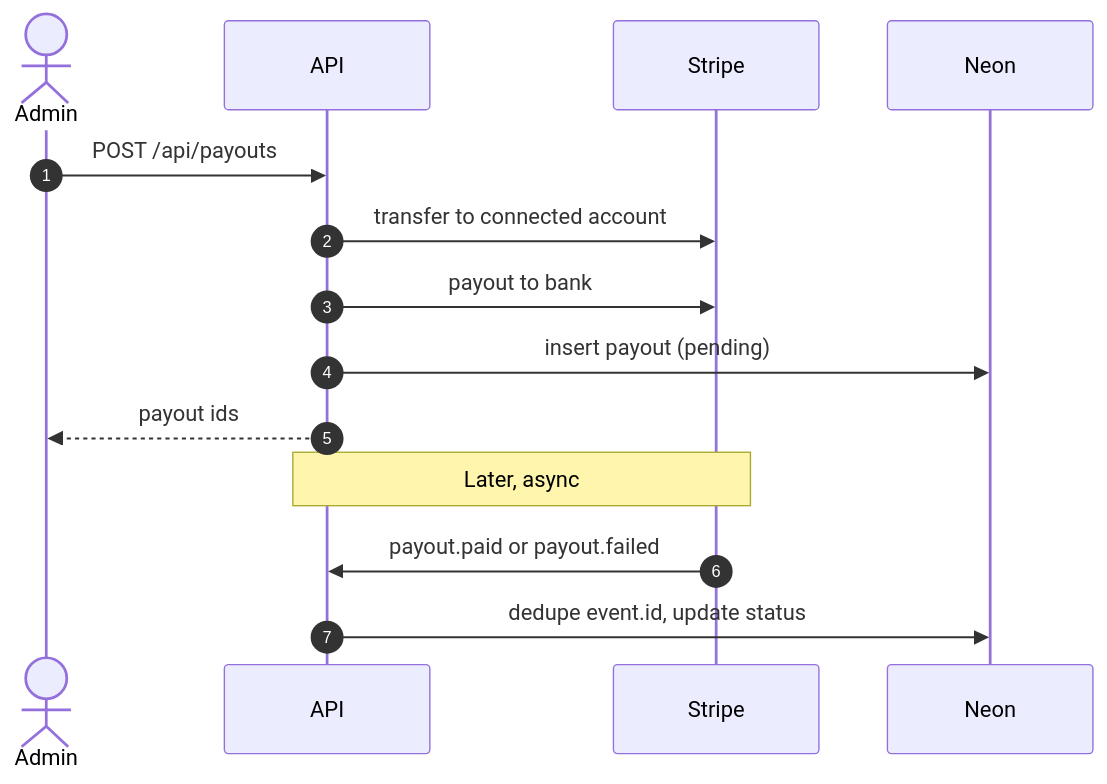
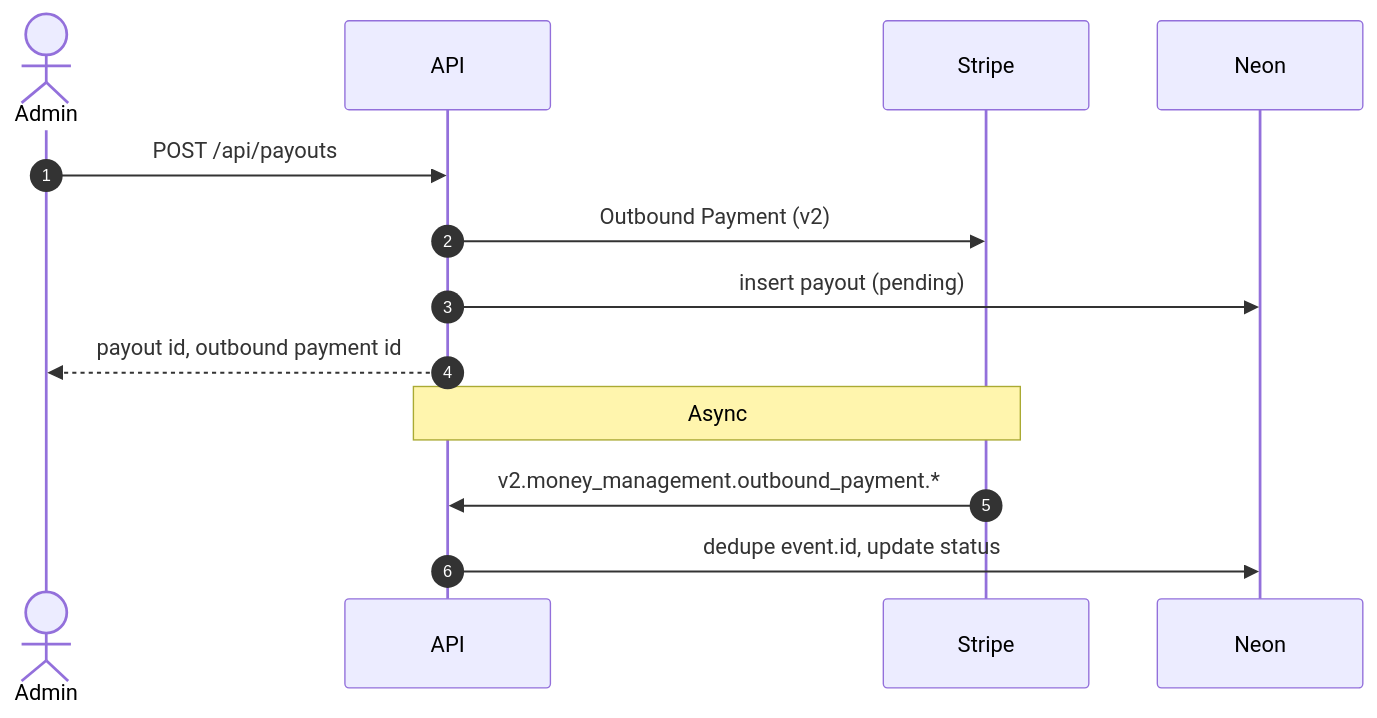
The third of 3 diagrams in docs/ARCHITECTURE.md (chunhuduc/stripe-global-payout), drawn with Mermaid before and after one commit. The commit also changed other lines of this file and 28 other files, not shown here.

````diff
--- a/docs/ARCHITECTURE.md
+++ b/docs/ARCHITECTURE.md
@@ -66,18 +54,17 @@
 ```mermaid
 sequenceDiagram
   autonumber
   actor Admin
   participant API as API
   participant Stripe
   participant DB as Neon
 
   Admin->>API: POST /api/payouts
-  API->>Stripe: transfer to connected account
-  API->>Stripe: payout to bank
+  API->>Stripe: Outbound Payment (v2)
   API->>DB: insert payout (pending)
-  API-->>Admin: payout ids
+  API-->>Admin: payout id, outbound payment id
 
-  Note over Stripe,API: Later, async
-  Stripe->>API: payout.paid or payout.failed
+  Note over Stripe,API: Async
+  Stripe->>API: v2.money_management.outbound_payment.*
   API->>DB: dedupe event.id, update status
 ```
````
